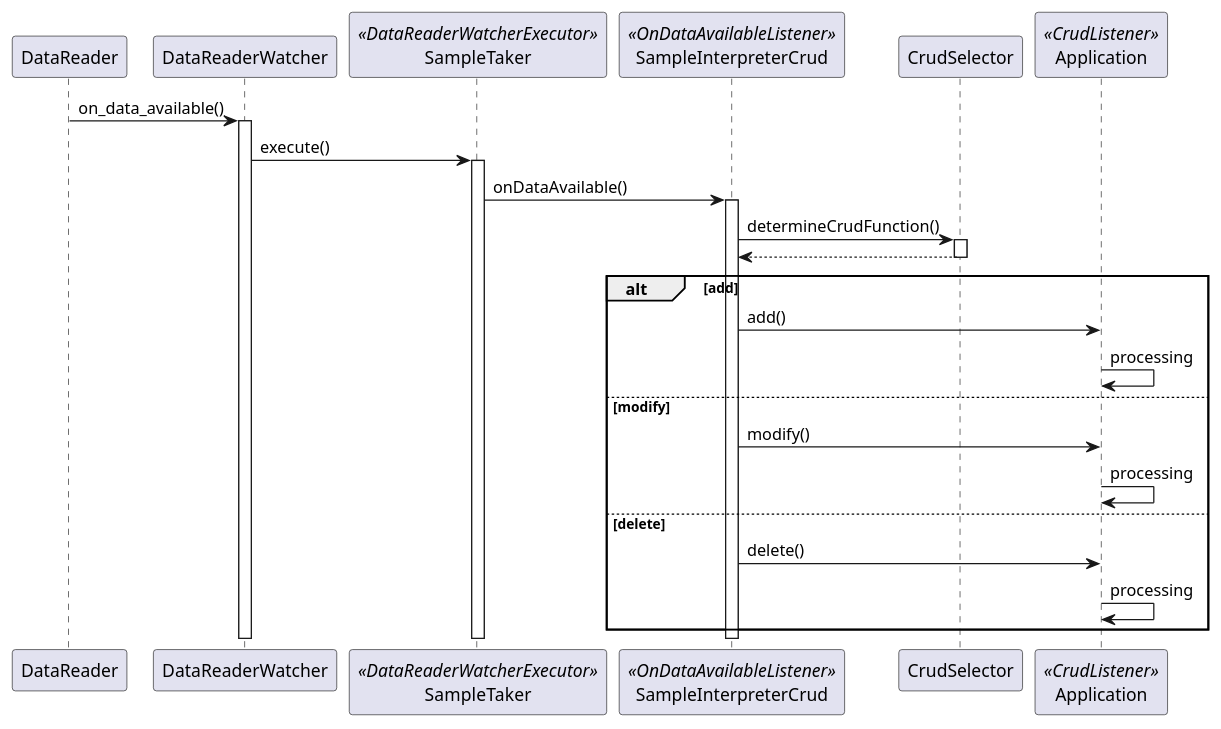
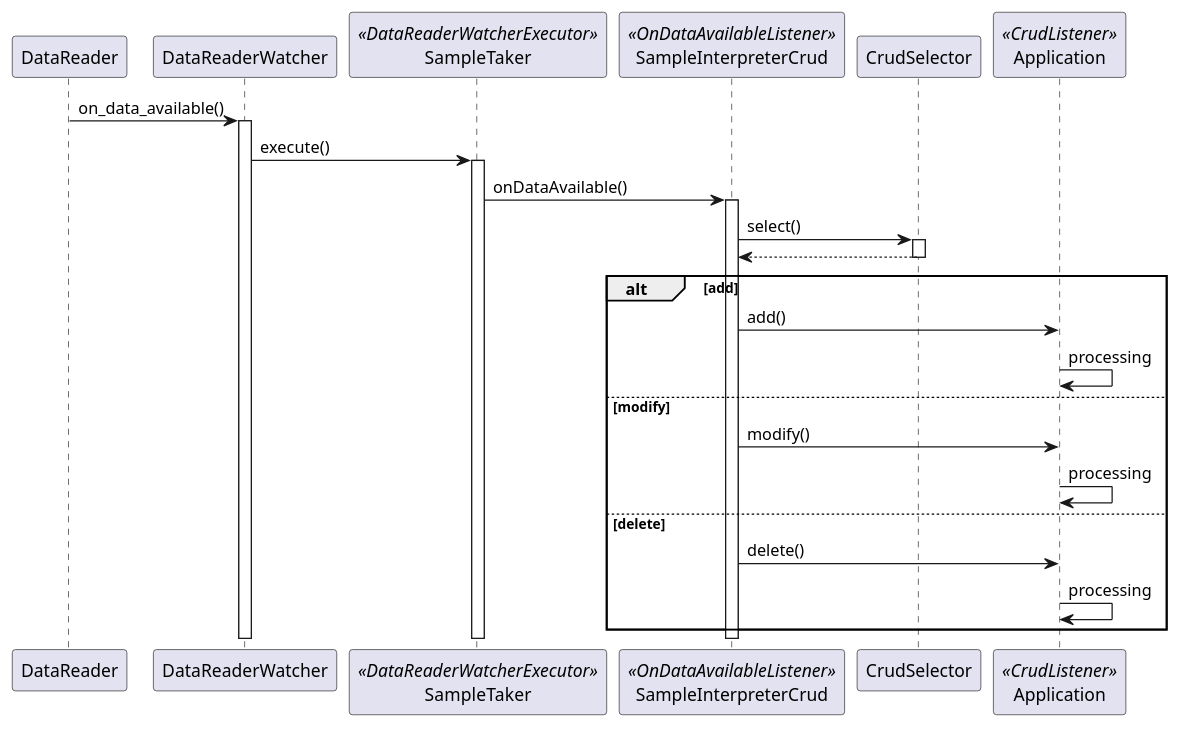
Before and after one commit to aguther/dds-examples: the diagram in documentation/SupportClassesDataReadingCrud.puml, drawn with PlantUML.

```diff
--- a/documentation/SupportClassesDataReadingCrud.puml
+++ b/documentation/SupportClassesDataReadingCrud.puml
@@ -1,39 +1,39 @@
 @startuml
 
 participant DataReader
 participant DataReaderWatcher
 participant SampleTaker <<DataReaderWatcherExecutor>>
 participant SampleInterpreterCrud <<OnDataAvailableListener>>
 participant CrudSelector
 participant Application <<CrudListener>>
 
 DataReader -> DataReaderWatcher : on_data_available()
 activate DataReaderWatcher
 
 DataReaderWatcher -> SampleTaker : execute()
 activate SampleTaker
 
 SampleTaker -> SampleInterpreterCrud : onDataAvailable()
 activate SampleInterpreterCrud
 
-SampleInterpreterCrud -> CrudSelector : determineCrudFunction()
+SampleInterpreterCrud -> CrudSelector : select()
 activate CrudSelector
 return
 deactivate CrudSelector
 
 alt add
 	SampleInterpreterCrud -> Application : add()
     Application -> Application : processing
 else modify
 	SampleInterpreterCrud -> Application : modify()
     Application -> Application : processing
 else delete
 	SampleInterpreterCrud -> Application : delete()
     Application -> Application : processing
 end
 
 deactivate SampleInterpreterCrud
 deactivate SampleTaker
 deactivate DataReaderWatcher
 
 @enduml
```
